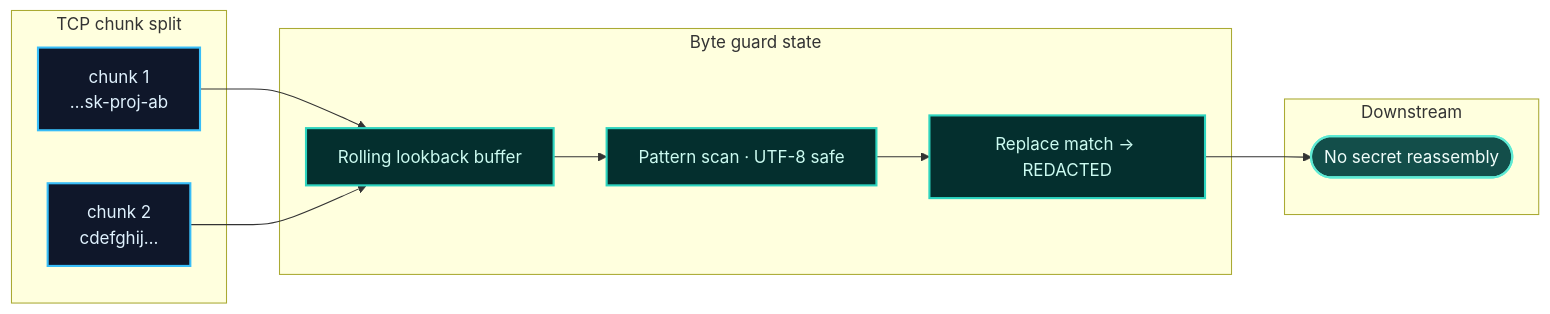
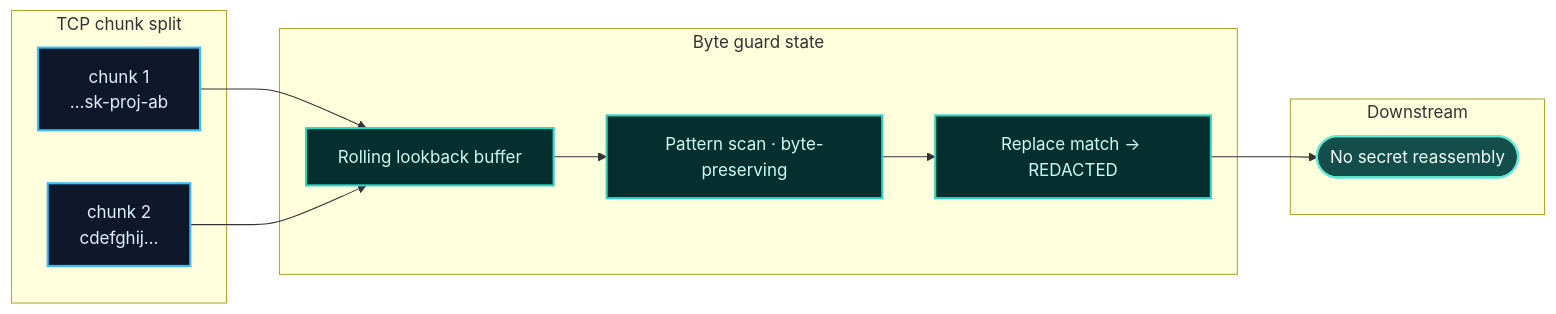
One commit to 01laky/llm-stream-guard changed the diagram in docs/img/chunk-redaction.mmd. Above: the diagram before and after it, drawn with Mermaid. The commit also changed 62 other files, not shown here.

```diff
--- a/docs/img/chunk-redaction.mmd
+++ b/docs/img/chunk-redaction.mmd
@@ -1,27 +1,27 @@
 flowchart LR
 	subgraph CHUNKS["TCP chunk split"]
 		C1["chunk 1<br/>…sk-proj-ab"]
 		C2["chunk 2<br/>cdefghij…"]
 	end
 
 	subgraph BUFFER["Byte guard state"]
 		LOOK["Rolling lookback buffer"]
-		SCAN["Pattern scan · UTF-8 safe"]
+		SCAN["Pattern scan · byte-preserving"]
 		REDACT["Replace match → REDACTED"]
 	end
 
 	subgraph OUT["Downstream"]
 		SAFE(["No secret reassembly"])
 	end
 
 	C1 --> LOOK
 	C2 --> LOOK
 	LOOK --> SCAN --> REDACT --> SAFE
 
 	classDef chunk fill:#0f172a,stroke:#38bdf8,stroke-width:2px,color:#e0f2fe
 	classDef core fill:#042f2e,stroke:#2dd4bf,stroke-width:2px,color:#ccfbf1
 	classDef safe fill:#134e4a,stroke:#5eead4,stroke-width:2px,color:#f0fdfa
 
 	class C1,C2 chunk
 	class LOOK,SCAN,REDACT core
 	class SAFE safe
```
